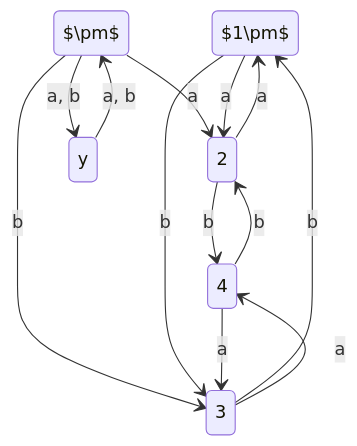
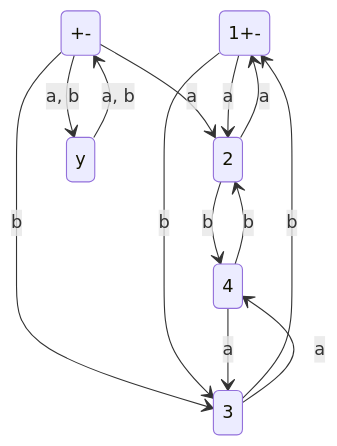
Diagram 12 of 12 in docs/University Notes/semester 5/CS402 - Theory of Automata/Lecture no. 18/Lecture.md (ChuzaWick420/notes_publisher), drawn with Mermaid before and after one commit. The commit also changed other lines of this file and 1 other file, not shown here.

````diff
--- a/docs/University Notes/semester 5/CS402 - Theory of Automata/Lecture no. 18/Lecture.md
+++ b/docs/University Notes/semester 5/CS402 - Theory of Automata/Lecture no. 18/Lecture.md
@@ -262,24 +260,24 @@
 ```mermaid
 stateDiagram-v2
-1 : $1\pm$
-s : $\pm$
+1 : 1+-
+s : +-
 
 
 s --> y : a, b
 s --> 3 : b
 s --> 2 : a
 
 y --> s : a, b
 
 1 --> 2 : a
 1 --> 3 : b
 
 2 --> 1 : a
 2 --> 4 : b
 
 3 --> 1 : b
 3 --> 4 : a
 
 4 --> 2 : b
 4 --> 3 : a
 ```
````
